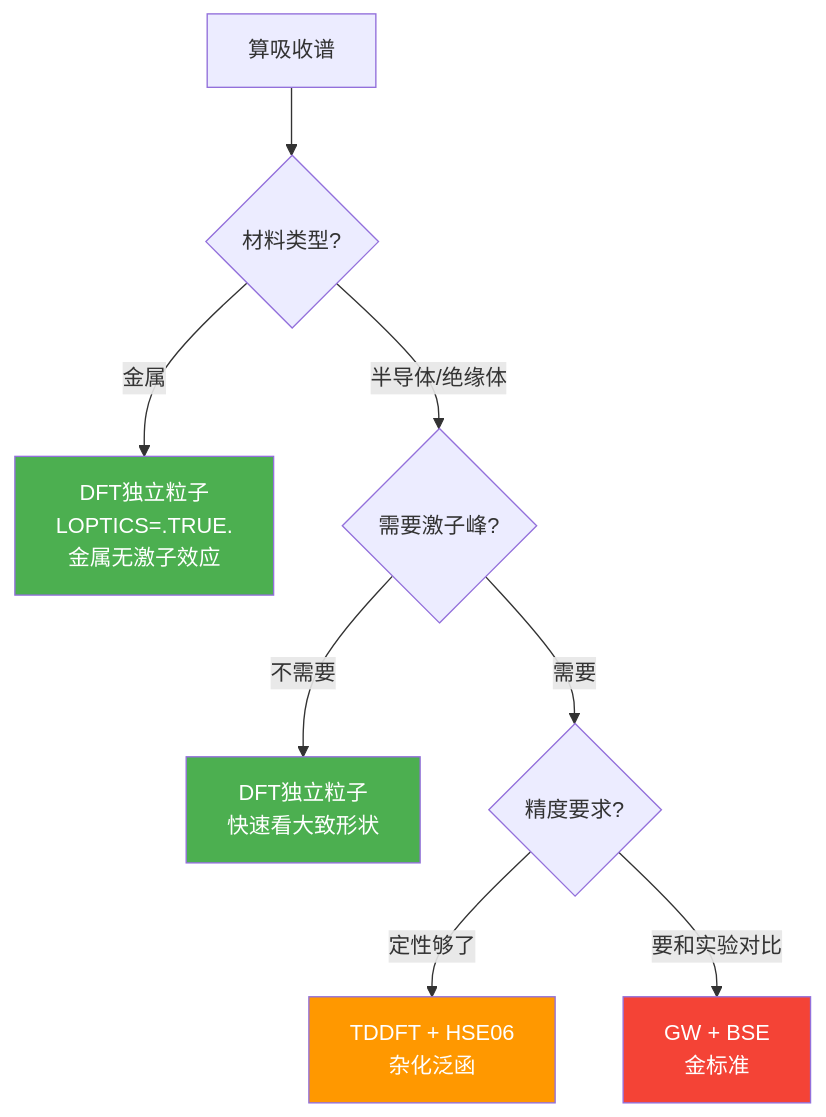
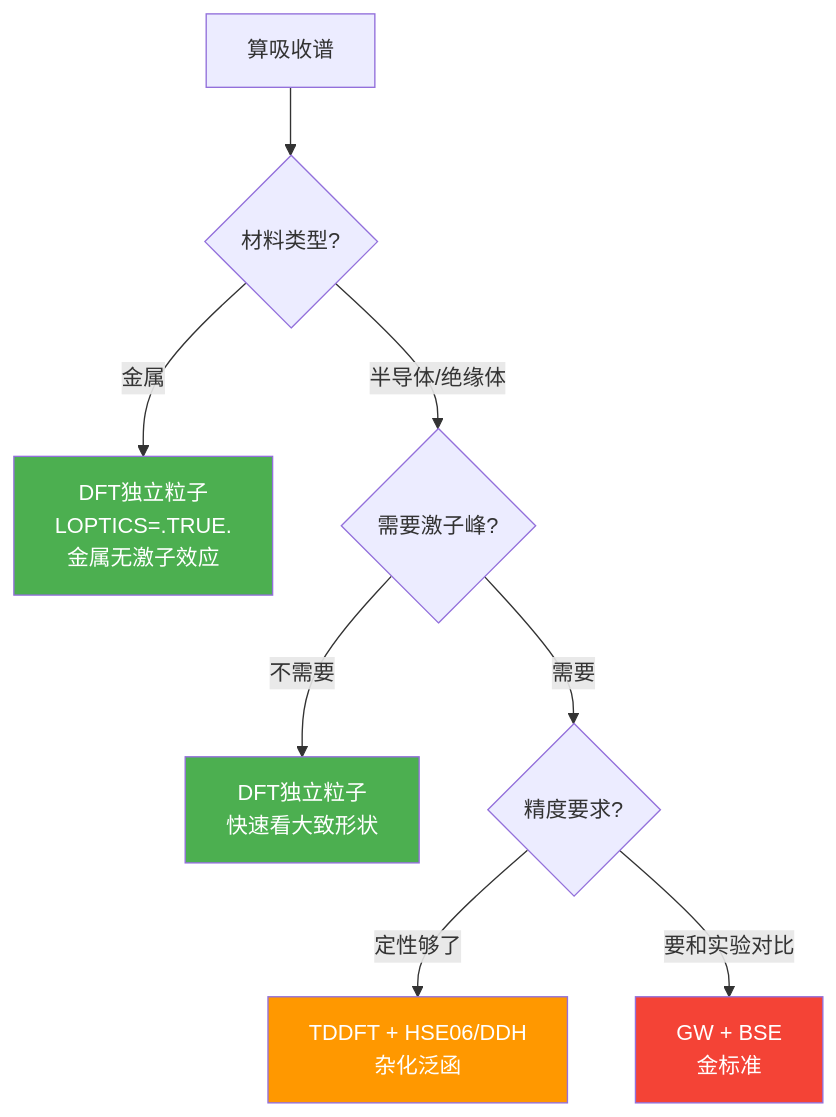
The second of 4 diagrams in Obsidian-Vault/1️⃣ 学科基础/📁 08 DFT_TDDFT/15_DFT_TDDFT.md (photonics-dhl/Self-learning), drawn with Mermaid before and after one commit. The commit also changed other lines of this file, not shown here.

Commit message:
feat: thicken 15_DFT_TDDFT 310→615 lines (HK derivation, Casida eq, GW/BSE, VASP/Octopus workflow, Si benchmark)

````diff
--- a/Obsidian-Vault/1️⃣ 学科基础/📁 08 DFT_TDDFT/15_DFT_TDDFT.md
+++ b/Obsidian-Vault/1️⃣ 学科基础/📁 08 DFT_TDDFT/15_DFT_TDDFT.md
@@ -166,15 +364,15 @@
 ```mermaid
 graph TD
     START["算吸收谱"] --> Q1{"材料类型?"}
     Q1 -->|"金属"| M1["DFT独立粒子<br>LOPTICS=.TRUE.<br>金属无激子效应"]
     Q1 -->|"半导体/绝缘体"| Q2{"需要激子峰?"}
     Q2 -->|"不需要"| M2["DFT独立粒子<br>快速看大致形状"]
     Q2 -->|"需要"| Q3{"精度要求?"}
-    Q3 -->|"定性够了"| M4["TDDFT + HSE06<br>杂化泛函"]
+    Q3 -->|"定性够了"| M4["TDDFT + HSE06/DDH<br>杂化泛函"]
     Q3 -->|"要和实验对比"| M3["GW + BSE<br>金标准"]
 
     style M1 fill:#4CAF50,color:#fff
     style M2 fill:#4CAF50,color:#fff
     style M3 fill:#F44336,color:#fff
     style M4 fill:#FF9800,color:#fff
 ```
````
